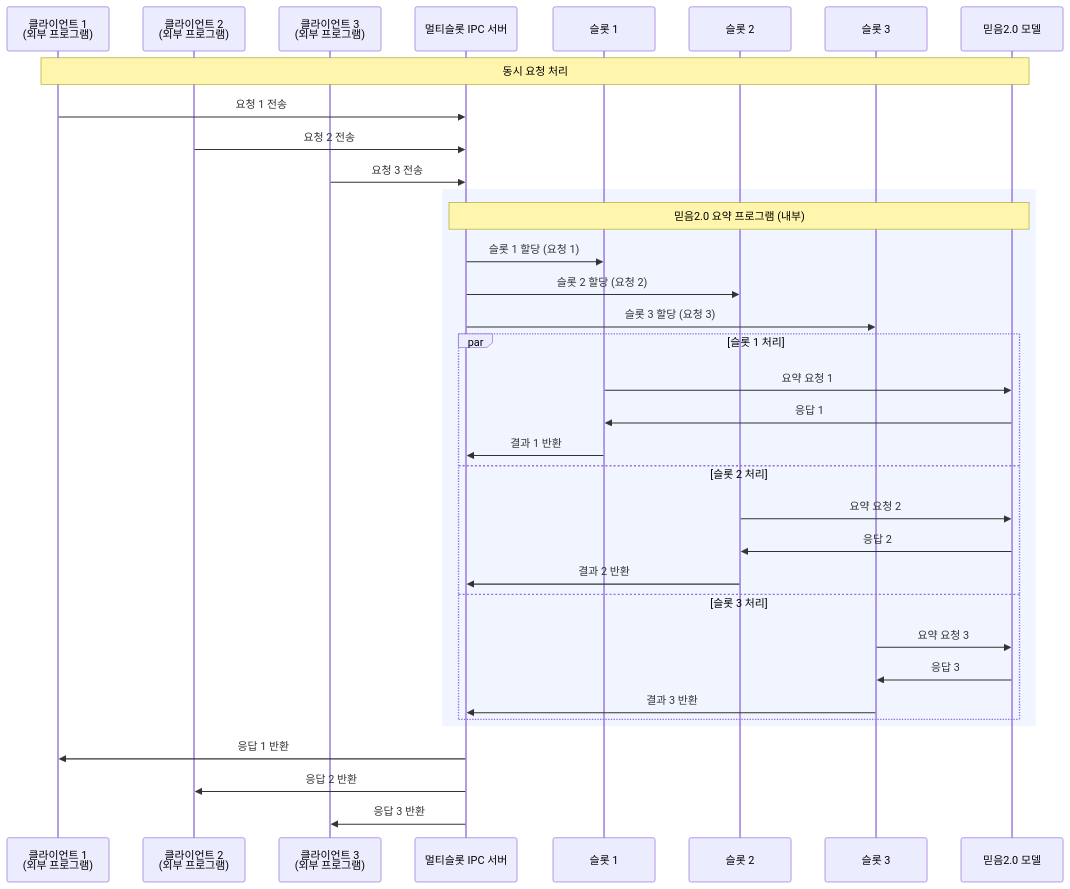
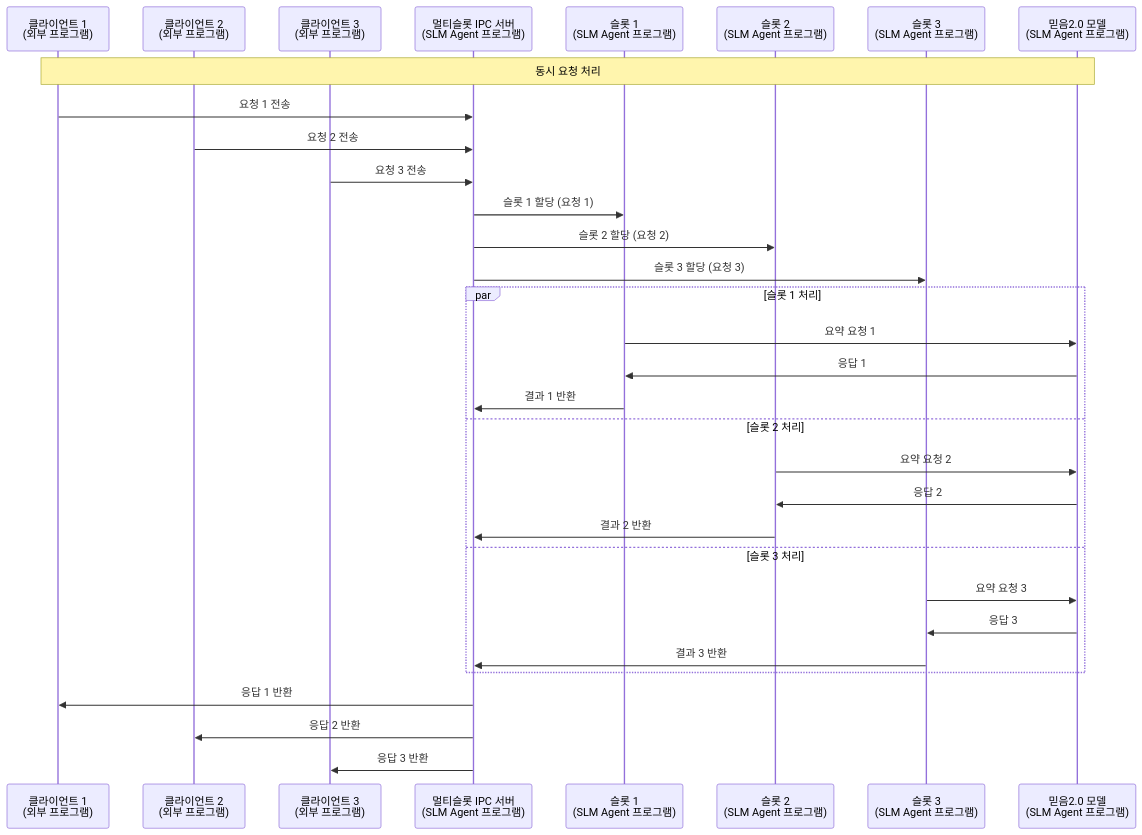
The second of 5 diagrams in sequence_diagram.md (hak023/gemma-summarizer-poc), drawn with Mermaid before and after one commit. The commit also changed other lines of this file and 4 other files, not shown here.

First line of the commit message:
가독성 개선: rect 구문 제거 및 SLM Agent 프로그램 표기 적용

````diff
--- a/sequence_diagram.md
+++ b/sequence_diagram.md
@@ -70,42 +66,38 @@
 ```mermaid
 sequenceDiagram
     participant Client1 as 클라이언트 1<br/>(외부 프로그램)
     participant Client2 as 클라이언트 2<br/>(외부 프로그램)
     participant Client3 as 클라이언트 3<br/>(외부 프로그램)
-    
-    participant IPC as 멀티슬롯 IPC 서버
-    participant Slot1 as 슬롯 1
-    participant Slot2 as 슬롯 2
-    participant Slot3 as 슬롯 3
-    participant Gemma as 믿음2.0 모델
+    participant IPC as 멀티슬롯 IPC 서버<br/>(SLM Agent 프로그램)
+    participant Slot1 as 슬롯 1<br/>(SLM Agent 프로그램)
+    participant Slot2 as 슬롯 2<br/>(SLM Agent 프로그램)
+    participant Slot3 as 슬롯 3<br/>(SLM Agent 프로그램)
+    participant Gemma as 믿음2.0 모델<br/>(SLM Agent 프로그램)
 
     Note over Client1,Gemma: 동시 요청 처리
     Client1->>IPC: 요청 1 전송
     Client2->>IPC: 요청 2 전송
     Client3->>IPC: 요청 3 전송
     
-    rect rgb(240, 245, 255)
-        Note over IPC,Gemma: 믿음2.0 요약 프로그램 (내부)
-        IPC->>Slot1: 슬롯 1 할당 (요청 1)
-        IPC->>Slot2: 슬롯 2 할당 (요청 2)
-        IPC->>Slot3: 슬롯 3 할당 (요청 3)
-        
-        par 슬롯 1 처리
-            Slot1->>Gemma: 요약 요청 1
-            Gemma->>Slot1: 응답 1
-            Slot1->>IPC: 결과 1 반환
-        and 슬롯 2 처리
-            Slot2->>Gemma: 요약 요청 2
-            Gemma->>Slot2: 응답 2
-            Slot2->>IPC: 결과 2 반환
-        and 슬롯 3 처리
-            Slot3->>Gemma: 요약 요청 3
-            Gemma->>Slot3: 응답 3
-            Slot3->>IPC: 결과 3 반환
-        end
+    IPC->>Slot1: 슬롯 1 할당 (요청 1)
+    IPC->>Slot2: 슬롯 2 할당 (요청 2)
+    IPC->>Slot3: 슬롯 3 할당 (요청 3)
+    
+    par 슬롯 1 처리
+        Slot1->>Gemma: 요약 요청 1
+        Gemma->>Slot1: 응답 1
+        Slot1->>IPC: 결과 1 반환
+    and 슬롯 2 처리
+        Slot2->>Gemma: 요약 요청 2
+        Gemma->>Slot2: 응답 2
+        Slot2->>IPC: 결과 2 반환
+    and 슬롯 3 처리
+        Slot3->>Gemma: 요약 요청 3
+        Gemma->>Slot3: 응답 3
+        Slot3->>IPC: 결과 3 반환
     end
     
     IPC->>Client1: 응답 1 반환
     IPC->>Client2: 응답 2 반환
     IPC->>Client3: 응답 3 반환
 ```
````
